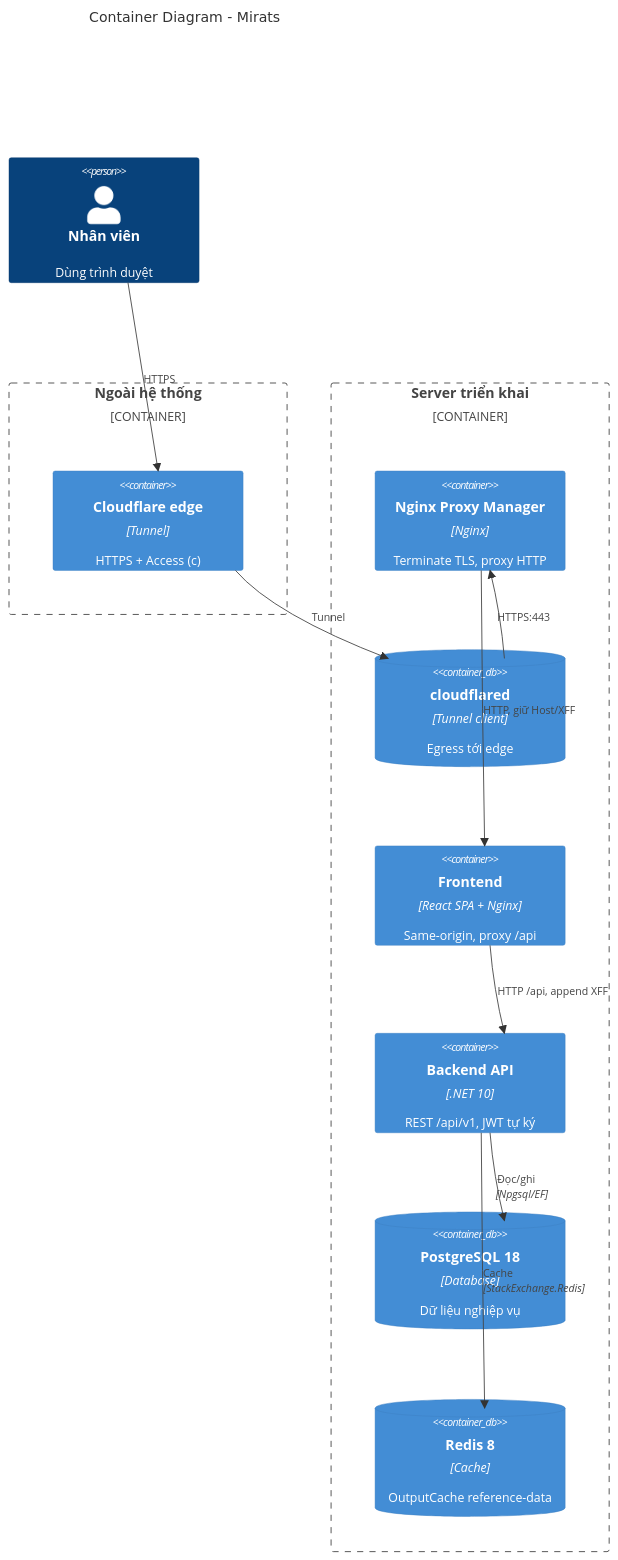
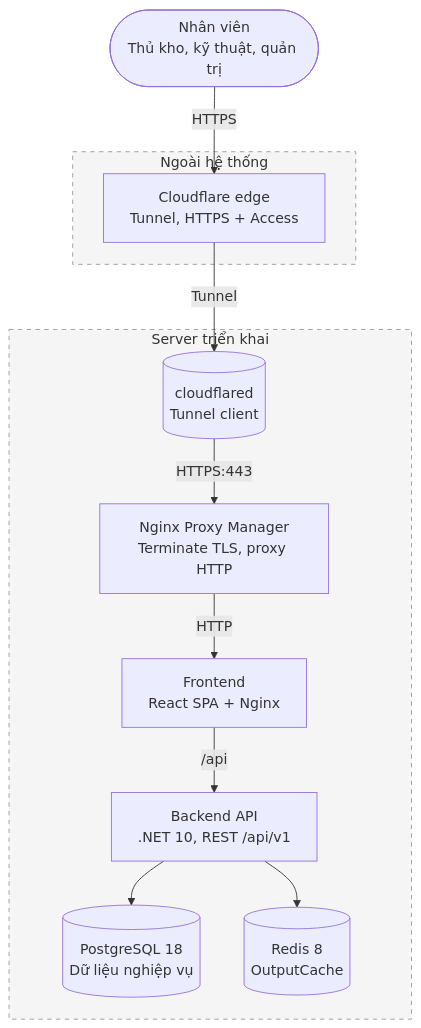
One commit to toannd18/mirats changed the diagram in docs/guide/03-c4-container.md. Above: the diagram before and after it, drawn with Mermaid. The commit also changed other lines of this file and 7 other files, not shown here.

Commit message:
docs(guide): flowchart thay C4 vo + rut gon sequence + ERD khop snapshot

````diff
--- a/docs/guide/03-c4-container.md
+++ b/docs/guide/03-c4-container.md
@@ -12,27 +13,28 @@
 ```mermaid
-C4Container
-  title Container Diagram - Mirats
+flowchart TB
+    staff([Nhân viên<br/>Thủ kho, kỹ thuật, quản trị])
 
-  Person(staff, "Nhân viên", "Dùng trình duyệt")
+    subgraph EDGE["Ngoài hệ thống"]
+        cf[Cloudflare edge<br/>Tunnel, HTTPS + Access]
+    end
 
-  Container_Boundary(edge, "Ngoài hệ thống") {
-    Container(cf, "Cloudflare edge", "Tunnel", "HTTPS + Access (c)")
-  }
+    subgraph HOST["Server triển khai"]
+        npm[Nginx Proxy Manager<br/>Terminate TLS, proxy HTTP]
+        tfd[(cloudflared<br/>Tunnel client)]
+        fe[Frontend<br/>React SPA + Nginx]
+        api[Backend API<br/>.NET 10, REST /api/v1]
+        pg[(PostgreSQL 18<br/>Dữ liệu nghiệp vụ)]
+        redis[(Redis 8<br/>OutputCache)]
+    end
 
-  Container_Boundary(host, "Server triển khai") {
-    Container(npm, "Nginx Proxy Manager", "Nginx", "Terminate TLS, proxy HTTP")
-    ContainerDb(cloudflared, "cloudflared", "Tunnel client", "Egress tới edge")
-    Container(fe, "Frontend", "React SPA + Nginx", "Same-origin, proxy /api")
-    Container(api, "Backend API", ".NET 10", "REST /api/v1, JWT tự ký")
-    ContainerDb(pg, "PostgreSQL 18", "Database", "Dữ liệu nghiệp vụ")
-    ContainerDb(redis, "Redis 8", "Cache", "OutputCache reference-data")
-  }
+    staff -- HTTPS --> cf
+    cf -- Tunnel --> tfd
+    tfd -- HTTPS:443 --> npm
+    npm -- HTTP --> fe
+    fe -- "/api" --> api
+    api --> pg
+    api --> redis
 
-  Rel(staff, cf, "HTTPS")
-  Rel(cf, cloudflared, "Tunnel")
-  Rel(cloudflared, npm, "HTTPS:443")
-  Rel(npm, fe, "HTTP, giữ Host/XFF")
-  Rel(fe, api, "HTTP /api, append XFF")
-  Rel(api, pg, "Đọc/ghi", "Npgsql/EF")
-  Rel(api, redis, "Cache", "StackExchange.Redis")
+    style EDGE fill:#f5f5f5,stroke:#999,stroke-dasharray: 5 5
+    style HOST fill:#f5f5f5,stroke:#999,stroke-dasharray: 5 5
 ```
````
